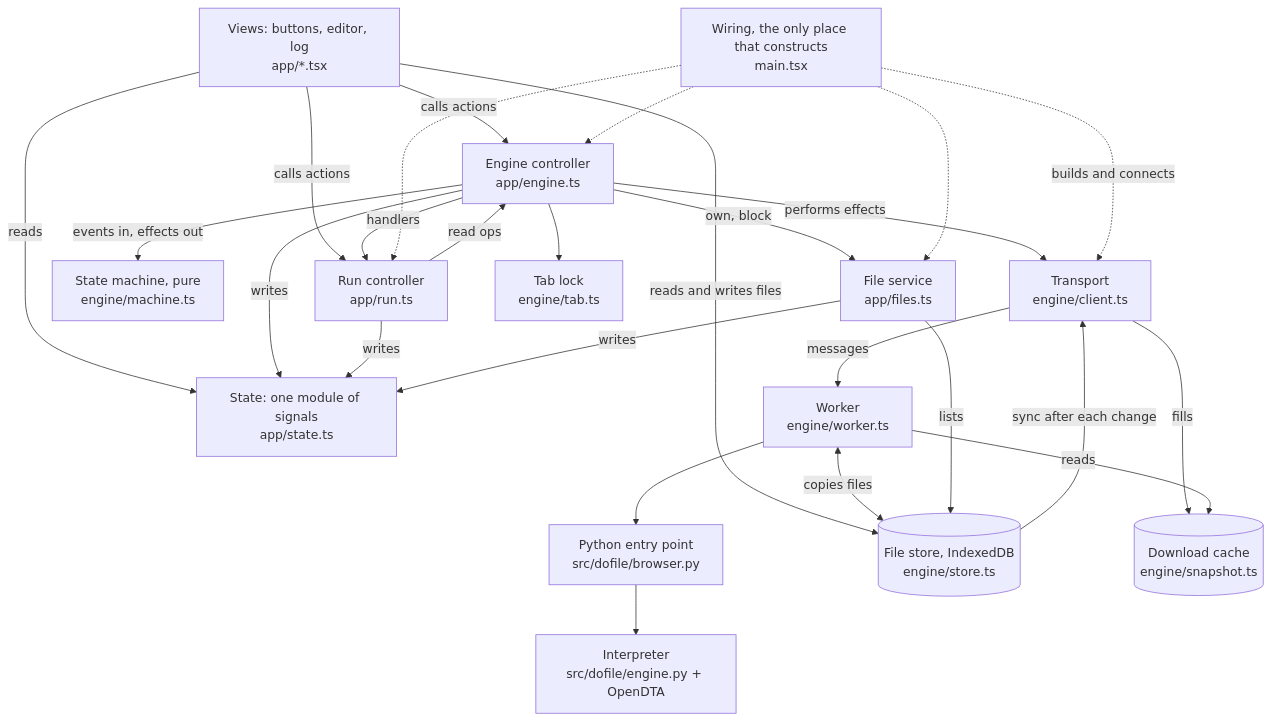
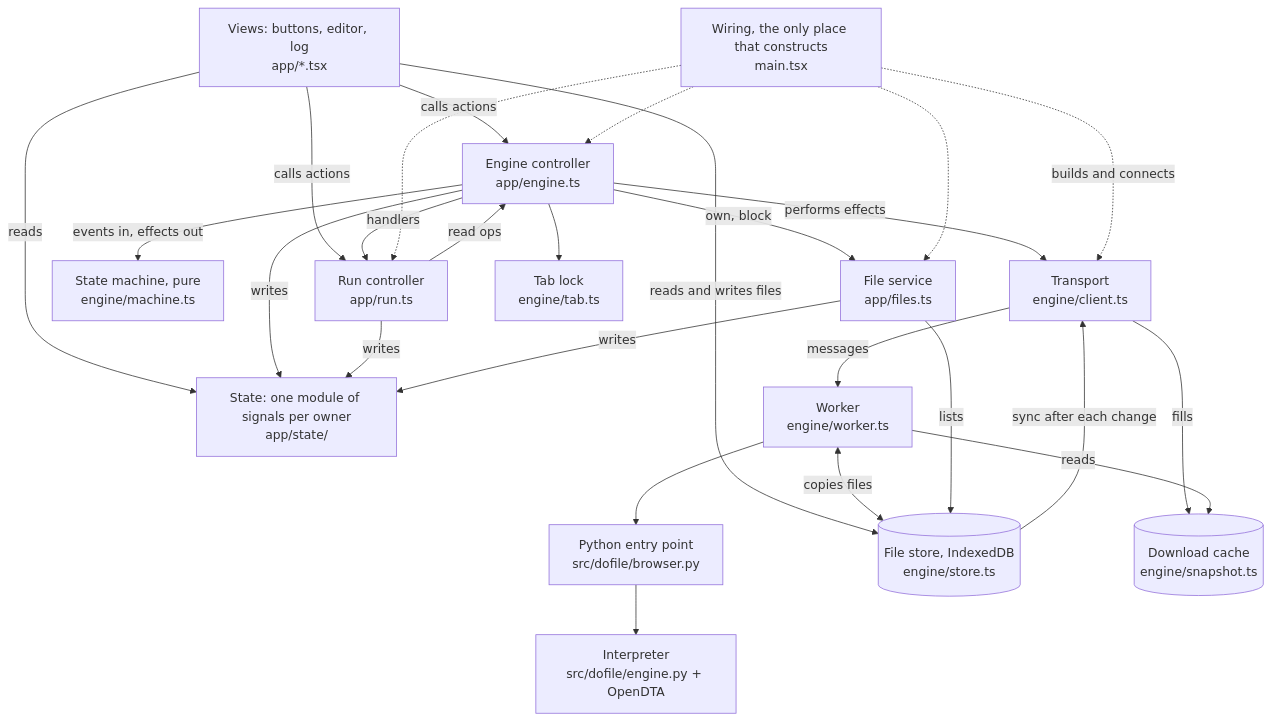
Before and after one commit to jeffzyliu/dofile: the first of 3 diagrams in docs/web-engine-data-flow.md, drawn with Mermaid. The commit also changed other lines of this file and 5 other files, not shown here.

Commit message:
docs: the state modules replace state.ts in CLAUDE.md, SPEC.md, test-map.md and the data-flow notes

````diff
--- a/docs/web-engine-data-flow.md
+++ b/docs/web-engine-data-flow.md
@@ -44,42 +44,42 @@
 ```mermaid
 flowchart TD
   M["Wiring, the only place that constructs<br/>main.tsx"]
   V["Views: buttons, editor, log<br/>app/*.tsx"]
-  ST["State: one module of signals<br/>app/state.ts"]
+  ST["State: one module of signals per owner<br/>app/state/"]
   RUN["Run controller<br/>app/run.ts"]
   ENG["Engine controller<br/>app/engine.ts"]
   MCH["State machine, pure<br/>engine/machine.ts"]
   FIL["File service<br/>app/files.ts"]
   CL["Transport<br/>engine/client.ts"]
   TAB["Tab lock<br/>engine/tab.ts"]
   WK["Worker<br/>engine/worker.ts"]
   PY["Python entry point<br/>src/dofile/browser.py"]
   EN["Interpreter<br/>src/dofile/engine.py + OpenDTA"]
   DB[("File store, IndexedDB<br/>engine/store.ts")]
   CA[("Download cache<br/>engine/snapshot.ts")]
 
   V -->|calls actions| RUN
   V -->|calls actions| ENG
   V -->|reads| ST
   V -->|reads and writes files| DB
   ENG -->|events in, effects out| MCH
   ENG -->|writes| ST
   ENG -->|performs effects| CL
   ENG --> TAB
   ENG -->|own, block| FIL
   ENG -->|handlers| RUN
   RUN -->|writes| ST
   RUN -->|read ops| ENG
   FIL -->|writes| ST
   CL -->|messages| WK
   CL -->|fills| CA
   WK -->|reads| CA
   WK --> PY --> EN
   WK <-->|copies files| DB
   DB -->|sync after each change| CL
   FIL -->|lists| DB
   M -.->|builds and connects| CL
   M -.-> ENG
   M -.-> RUN
   M -.-> FIL
 ```
````
